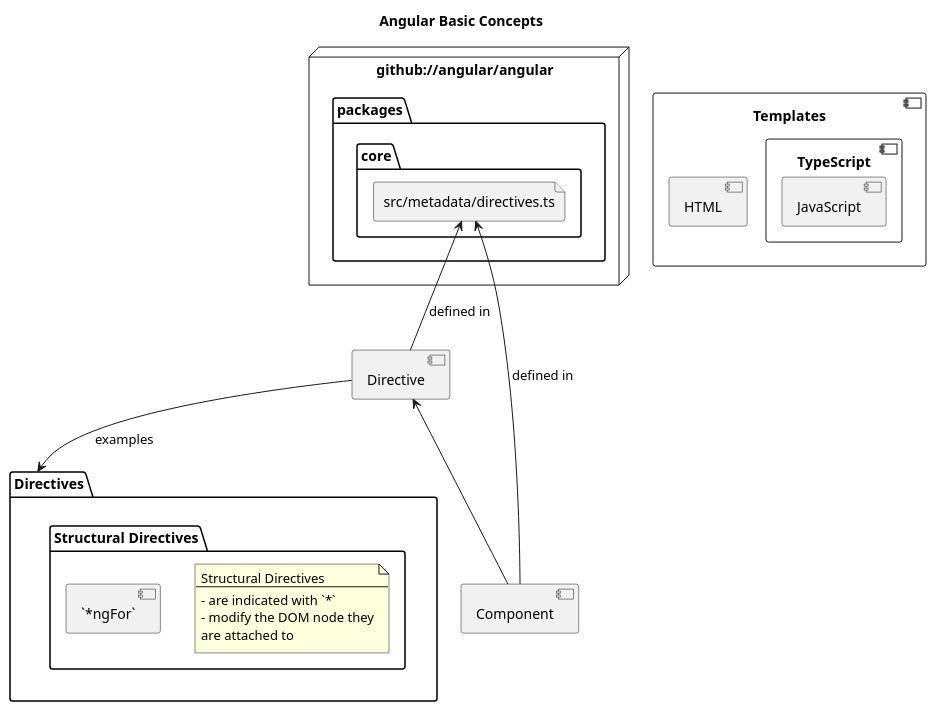
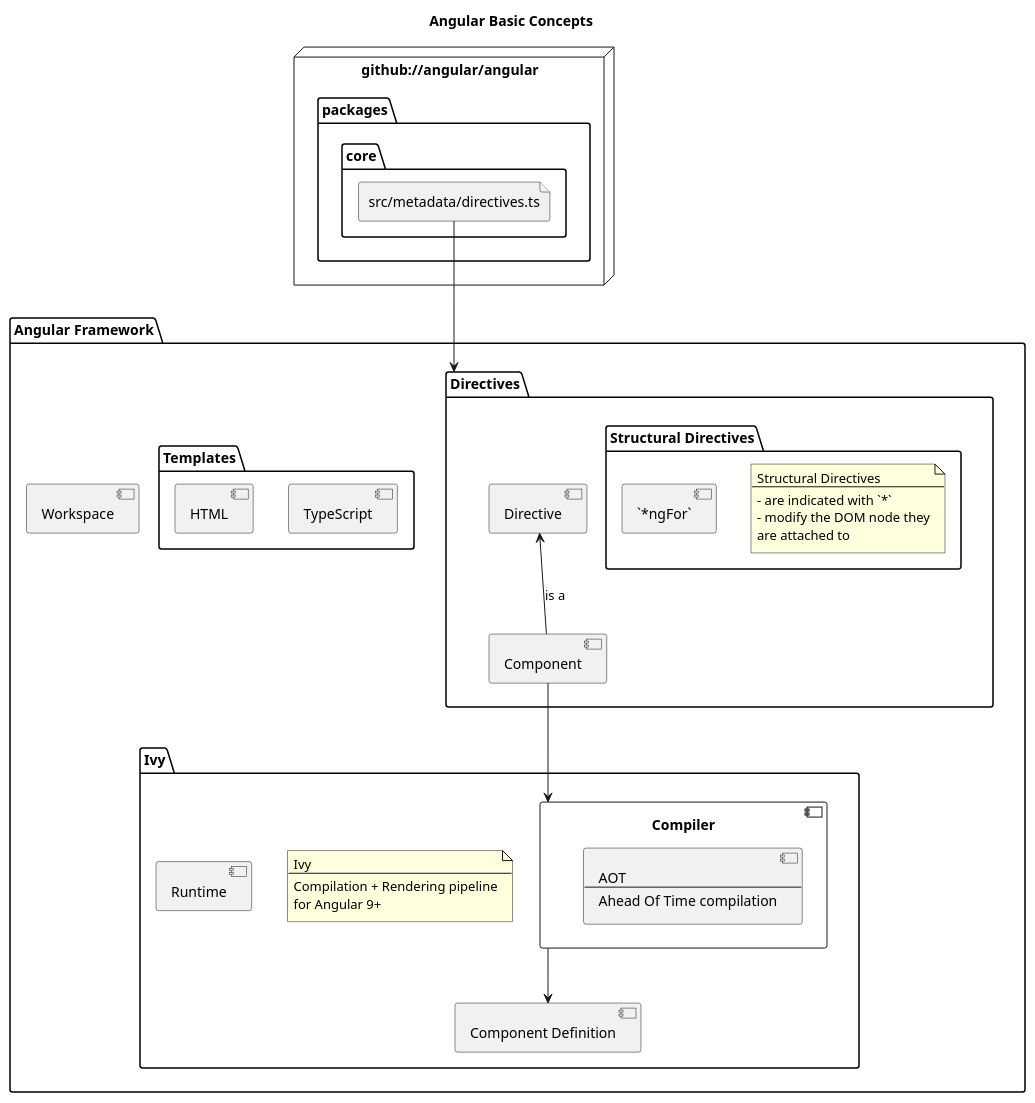
Before and after one commit to pgpbpadilla/reading-notes-angular: the diagram in angular-components.puml, drawn with PlantUML. The commit also changed 2 other files, not shown here.

Commit message:
chg: dev: reorganize to show Templates and Ivy

```diff
--- a/angular-components.puml
+++ b/angular-components.puml
@@ -1,44 +1,74 @@
 @startuml
 
 title Angular Basic Concepts
-
-component Templates {
-	component TypeScript {
-		component JavaScript
-	}
-	component HTML
-}
-
 
 node "github://angular/angular" {
 	package "packages" {
 		package "core" {
 			file "src/metadata/directives.ts" as directives.ts
 		}
 	}
 }
 
+package "Angular Framework" {
 
-[Directive]
+    package "Directives" as "pgk_directives" {
+		[Directive]
 
-[Component] -up-> [Directive]
-[Directive] -up-> directives.ts: defined in
-[Component] -up-> directives.ts: defined in
+		[Component] -up-> [Directive]: is a
+
+    	package "Structural Directives" {
+    		note as SDN
+    		Structural Directives
+    		---
+    		- are indicated with `*`
+    		- modify the DOM node they
+    		are attached to
+    		end note
+        	[`*ngFor`]
+        }
+    }
+
+    directives.ts -down-> pgk_directives
 
 
-package "Directives" as "pgk_directives" {
-	package "Structural Directives" {
-		note as SDN
-		Structural Directives
-		---
-		- are indicated with `*`
-		- modify the DOM node they
-		are attached to
-		end note
-    	[`*ngFor`]
+	' Templates
+
+	package "Templates" as AT {
+    	component TypeScript
+    	component HTML
     }
+
+    'Ivy Compiler
+
+    package "Ivy" {
+    	note as IvyN
+    	Ivy
+    	---
+    	Compilation + Rendering pipeline
+    	for Angular 9+
+    	end note
+
+        component Runtime
+        component Compiler {
+        	component AOT [
+            	AOT
+            	---
+            	Ahead Of Time compilation
+            ]
+        }
+
+        ' Component Definition generation
+        Component --> Compiler
+        component "Component Definition" as ComponentDef
+        Compiler --> ComponentDef
+    }
+
+    ' Workspace
+
+    component Workspace
 }
 
-pgk_directives <-up- [Directive]: examples
+
 
 @enduml
```
